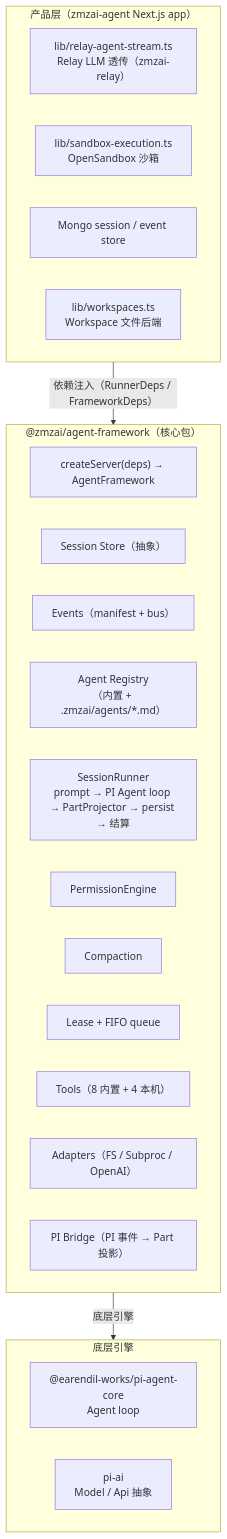
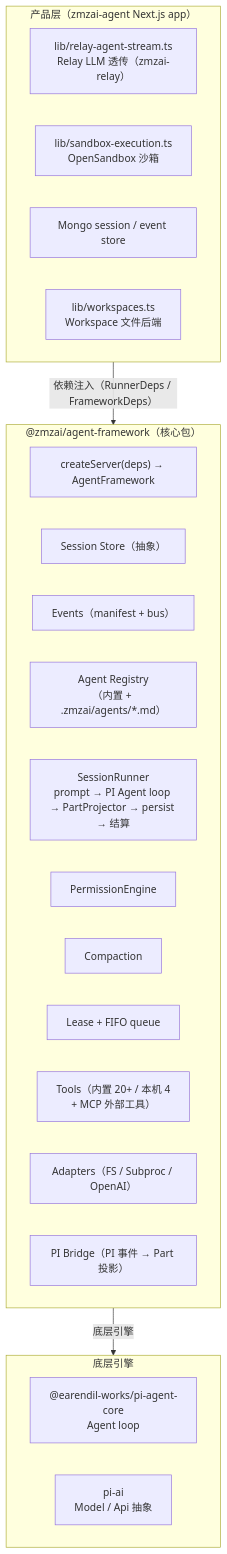
The first of 3 diagrams in content/blog/zmzai-agent-architecture.mdx (zmzai-cloud/muzhi), drawn with Mermaid before and after one commit. The commit also changed other lines of this file and 1 other file, not shown here.

````diff
--- a/content/blog/zmzai-agent-architecture.mdx
+++ b/content/blog/zmzai-agent-architecture.mdx
@@ -26,31 +27,31 @@
 ```mermaid
 flowchart TB
     subgraph product["产品层（zmzai-agent Next.js app）"]
         stream["lib/relay-agent-stream.ts<br/>Relay LLM 透传（zmzai-relay）"]
         sandbox["lib/sandbox-execution.ts<br/>OpenSandbox 沙箱"]
         mongo["Mongo session / event store"]
         ws["lib/workspaces.ts<br/>Workspace 文件后端"]
     end
 
     subgraph core["@zmzai/agent-framework（核心包）"]
         factory["createServer(deps) → AgentFramework"]
         store["Session Store（抽象）"]
         events["Events（manifest + bus）"]
         registry["Agent Registry<br/>（内置 + .zmzai/agents/*.md）"]
         runner["SessionRunner<br/>prompt → PI Agent loop → PartProjector → persist → 结算"]
         perm["PermissionEngine"]
         comp["Compaction"]
         lease["Lease + FIFO queue"]
-        tools["Tools（8 内置 + 4 本机）"]
+        tools["Tools（内置 20+ / 本机 4<br/>+ MCP 外部工具）"]
         adapters["Adapters（FS / Subproc / OpenAI）"]
         pibridge["PI Bridge（PI 事件 → Part 投影）"]
     end
 
     subgraph engine["底层引擎"]
         picore["@earendil-works/pi-agent-core<br/>Agent loop"]
         piai["pi-ai<br/>Model / Api 抽象"]
     end
 
     product -->|"依赖注入（RunnerDeps / FrameworkDeps）"| core
     core -->|"底层引擎"| engine
 ```
````
